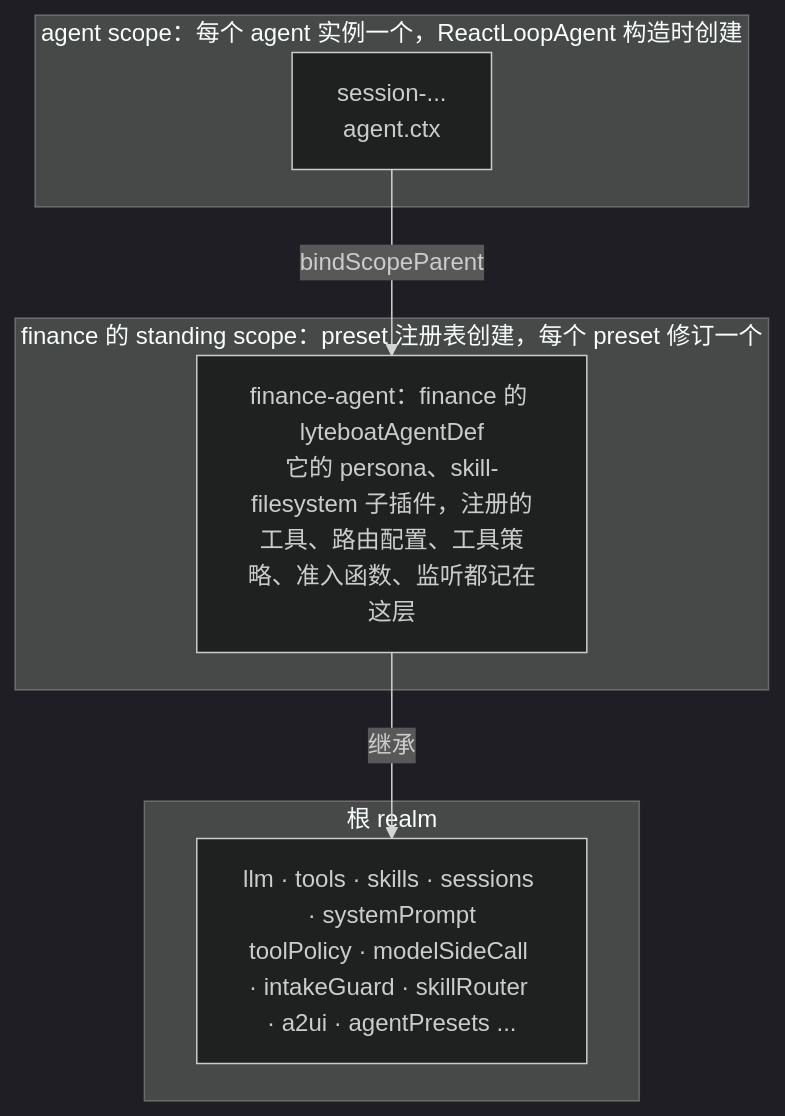
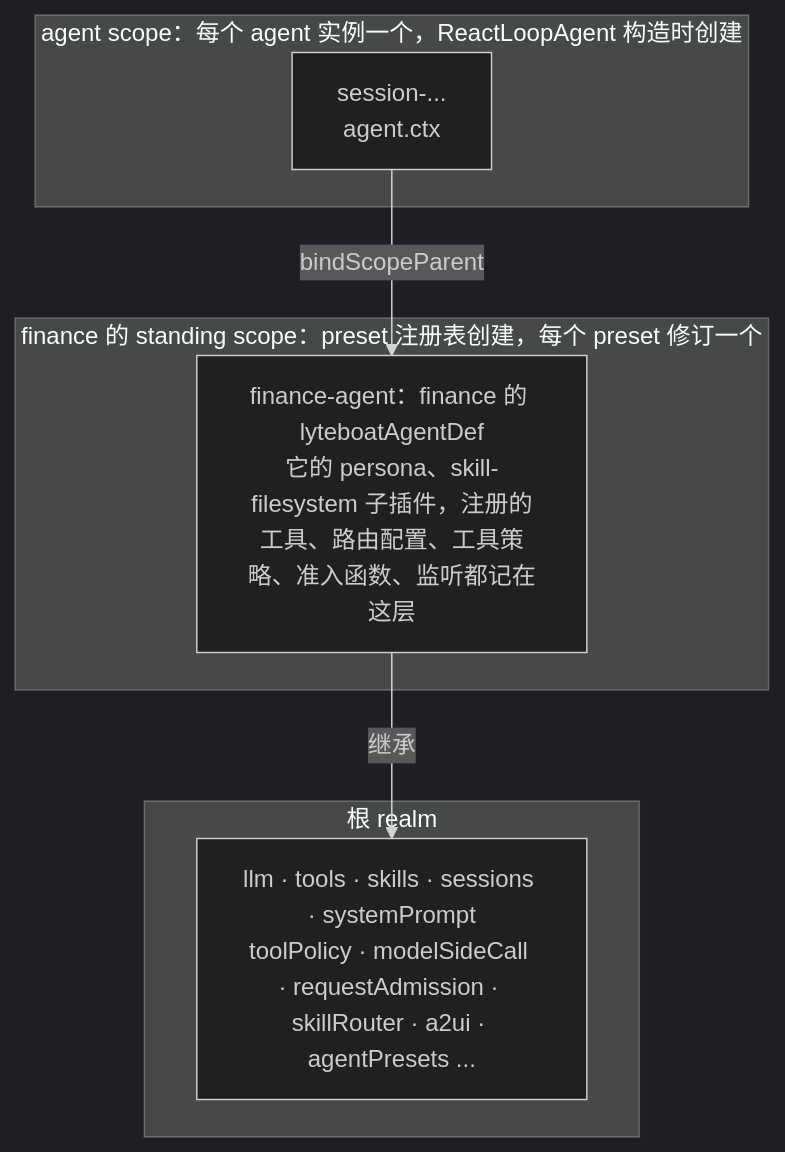
Before and after one commit to lyteboat/lyteboat: the seventh of 11 diagrams in docs/01-architecture.md, drawn with Mermaid (dark theme). The commit also changed other lines of this file and 7 other files, not shown here.

First line of the commit message:
docs: @lyteboat/request-admission — the docs describe admission at each turn's first step

````diff
--- a/docs/01-architecture.md
+++ b/docs/01-architecture.md
@@ -491,14 +491,14 @@
 ```mermaid
 flowchart TB
   subgraph ROOT["根 realm"]
-    rsvc["llm · tools · skills · sessions · systemPrompt<br/>toolPolicy · modelSideCall · intakeGuard · skillRouter · a2ui · agentPresets ..."]
+    rsvc["llm · tools · skills · sessions · systemPrompt<br/>toolPolicy · modelSideCall · requestAdmission · skillRouter · a2ui · agentPresets ..."]
   end
   subgraph STAND["finance 的 standing scope：preset 注册表创建，每个 preset 修订一个"]
     rows["finance-agent：finance 的 lyteboatAgentDef<br/>它的 persona、skill-filesystem 子插件，注册的工具、路由配置、工具策略、准入函数、监听都记在这层"]
   end
   subgraph AGS["agent scope：每个 agent 实例一个，ReactLoopAgent 构造时创建"]
     inst["session-...<br/>agent.ctx"]
   end
   inst -->|"bindScopeParent"| rows
   rows -->|"继承"| rsvc
 ```
````
